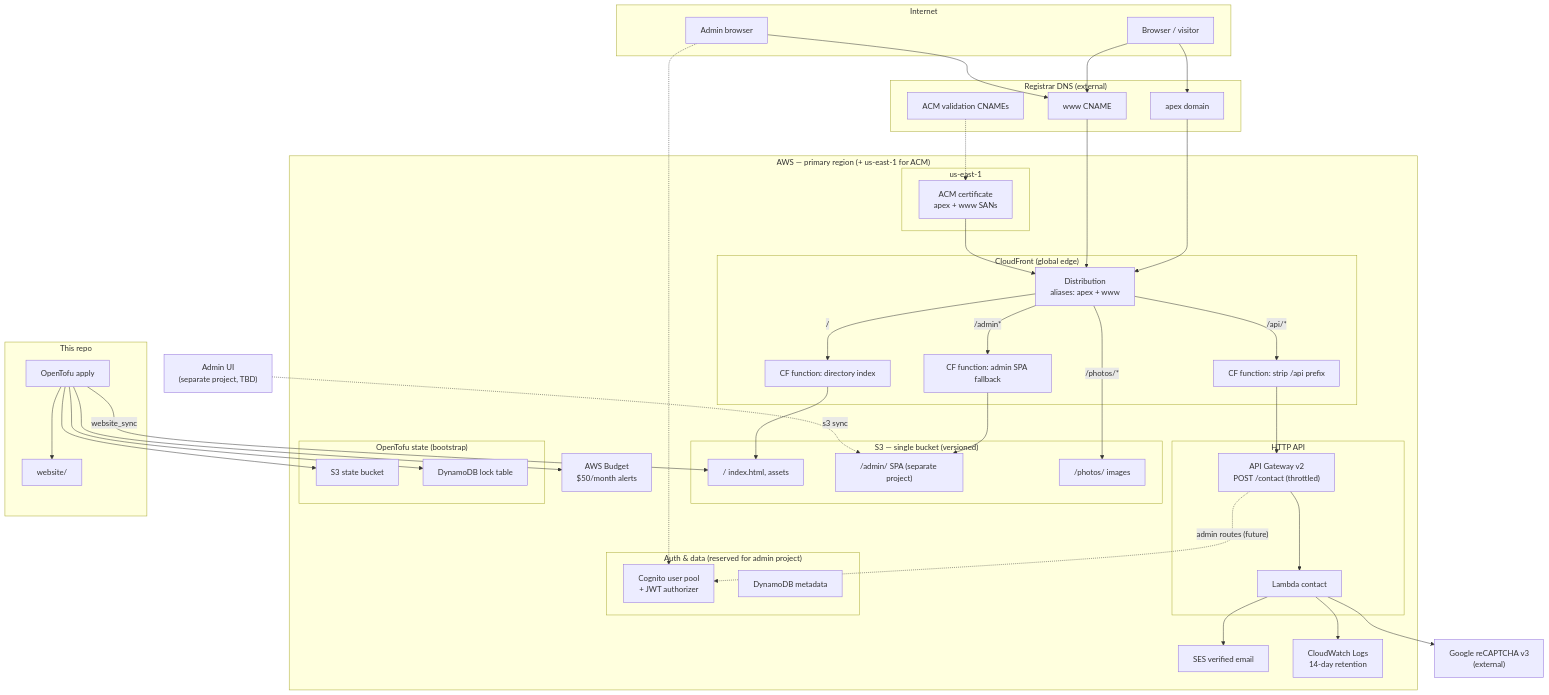
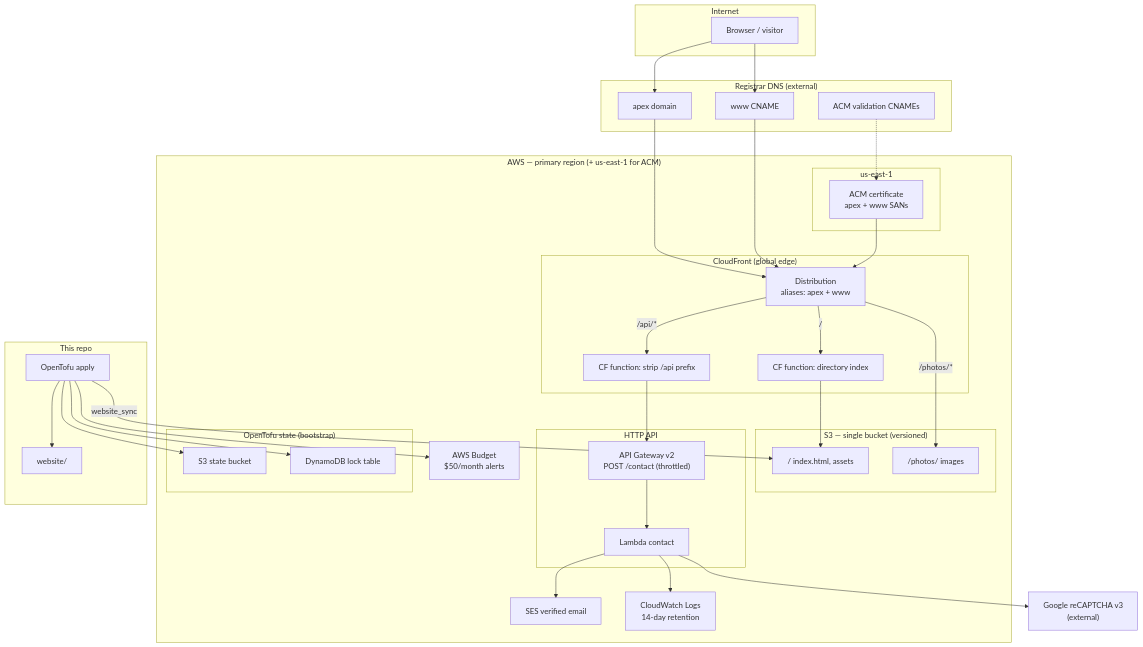
The first of 5 diagrams in docs/DEPLOYMENT.md (vasichkin/aws-zero-cost-hosting), drawn with Mermaid before and after one commit. The commit also changed other lines of this file and 19 other files, not shown here.

```diff
--- a/docs/DEPLOYMENT.md
+++ b/docs/DEPLOYMENT.md
@@ -10,7 +10,6 @@
 flowchart TB
   subgraph Internet
     User[Browser / visitor]
-    Admin[Admin browser]
   end
 
   subgraph DNS["Registrar DNS (external)"]
@@ -26,23 +25,16 @@
       CF["Distribution<br/>aliases: apex + www"]
       FnIndex["CF function: directory index"]
       FnAPI["CF function: strip /api prefix"]
-      FnAdmin["CF function: admin SPA fallback"]
     end
 
     subgraph Storage["S3 — single bucket (versioned)"]
       S3Root["/ index.html, assets"]
-      S3Admin["/admin/ SPA (separate project)"]
       S3Photos["/photos/ images"]
     end
 
     subgraph API["HTTP API"]
       APIGW["API Gateway v2<br/>POST /contact (throttled)"]
       LContact["Lambda contact"]
-    end
-
-    subgraph Auth["Auth & data (reserved for admin project)"]
-      Cognito["Cognito user pool<br/>+ JWT authorizer"]
-      DDB["DynamoDB metadata"]
     end
 
     SES["SES verified email"]
@@ -64,17 +56,13 @@
     Tofu["OpenTofu apply"]
   end
 
-  AdminUI["Admin UI<br/>(separate project, TBD)"]
-
   User --> Apex
   User --> WWW
-  Admin --> WWW
   Apex --> CF
   WWW --> CF
   ACMVal -.-> ACM
 
   CF -->|"/"| FnIndex --> S3Root
-  CF -->|"/admin*"| FnAdmin --> S3Admin
   CF -->|"/photos/*"| S3Photos
   CF -->|"/api/*"| FnAPI --> APIGW
 
@@ -82,13 +70,10 @@
   LContact --> Google
   LContact --> SES
   LContact --> Logs
-  Admin -.-> Cognito
-  APIGW -.->|"admin routes (future)"| Cognito
 
   ACM --> CF
   Tofu --> Website
   Tofu -->|website_sync| S3Root
-  AdminUI -.->|s3 sync| S3Admin
   Tofu --> StateS3
   Tofu --> StateLock
   Tofu --> Budget
```
